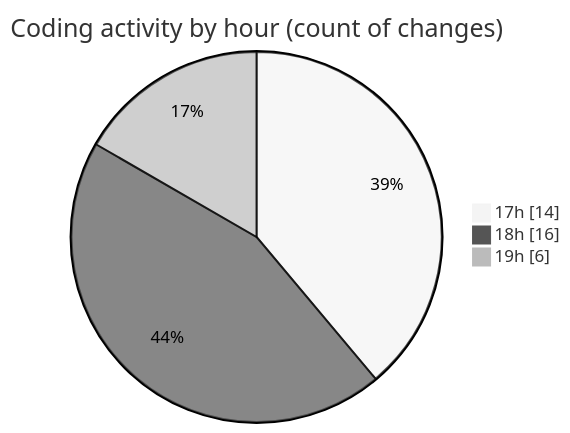
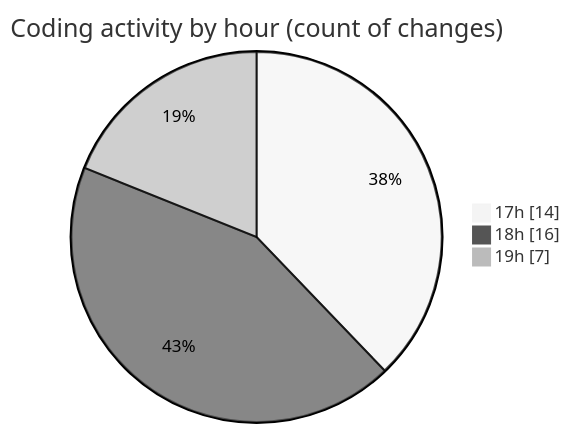
The second of 2 diagrams in 2025-05-01/jmasm/README.md (charlie-sans/code-tracking), drawn with Mermaid (neutral theme) before and after one commit. The commit also changed other lines of this file and 1 other file, not shown here.

````diff
--- a/2025-05-01/jmasm/README.md
+++ b/2025-05-01/jmasm/README.md
@@ -38,7 +39,7 @@
 ```mermaid
 pie showData
 title Coding activity by hour (count of changes)
 "17h" : 14
 "18h" : 16
-"19h" : 6
+"19h" : 7
 ```
````
